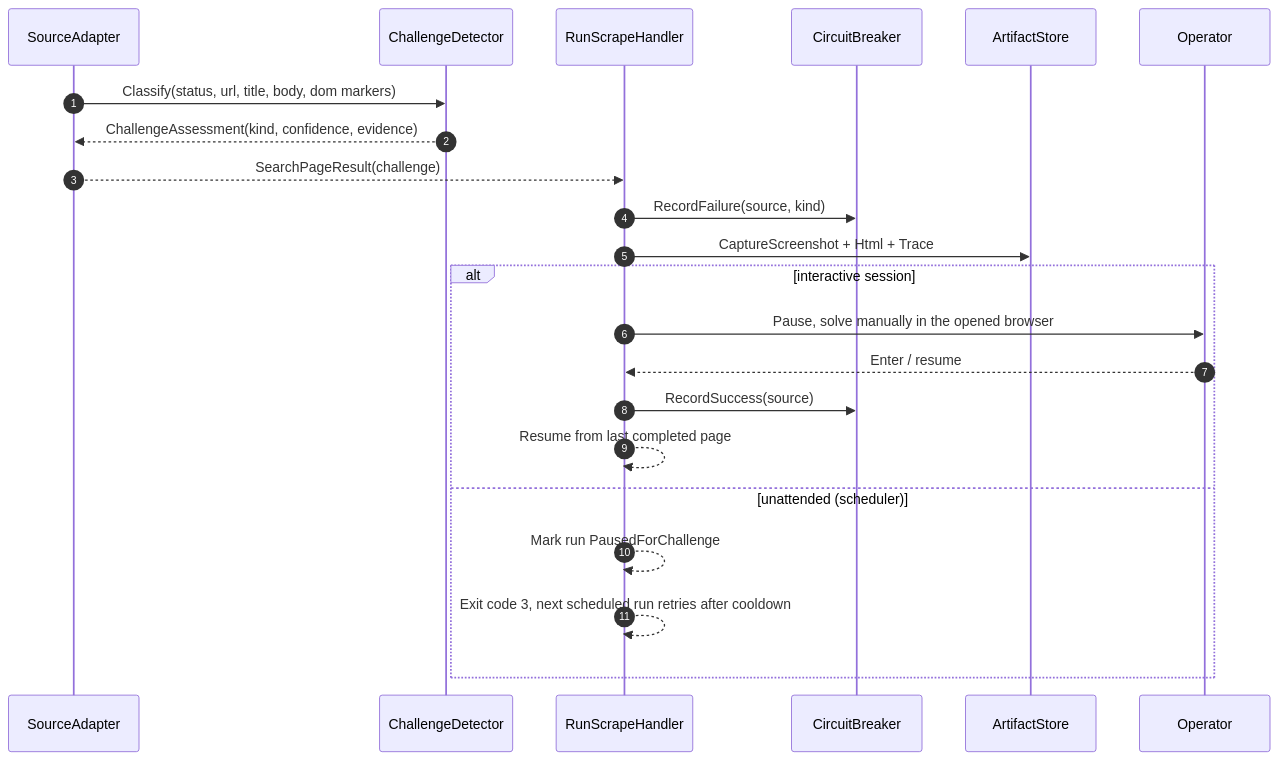
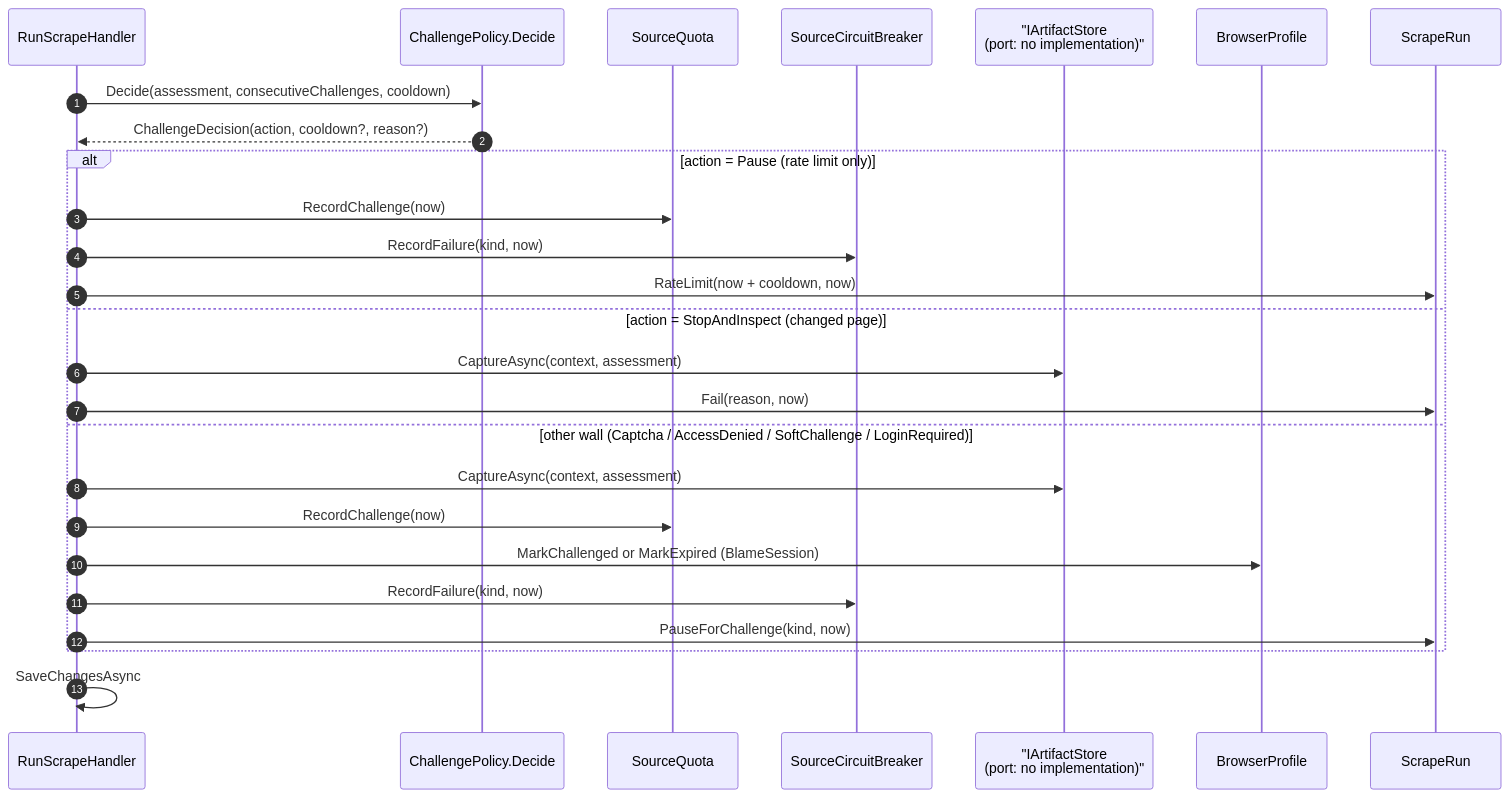
The seventh of 10 diagrams in docs/02-architecture.md (AslamNazeerShaikh/PlaywrightDotNet), drawn with Mermaid before and after one commit. The commit also changed other lines of this file and 3 other files, not shown here.

First line of the commit message:
docs: ground architecture docs in the implemented codebase with verified mermaid

````diff
--- a/docs/02-architecture.md
+++ b/docs/02-architecture.md
@@ -271,25 +358,29 @@
 ```mermaid
 sequenceDiagram
     autonumber
-    participant SRC as SourceAdapter
-    participant CD as ChallengeDetector
     participant H as RunScrapeHandler
-    participant CB as CircuitBreaker
-    participant ART as ArtifactStore
-    participant OP as Operator
+    participant POL as ChallengePolicy.Decide
+    participant Q as SourceQuota
+    participant CIR as SourceCircuitBreaker
+    participant ART as "IArtifactStore<br/>(port: no implementation)"
+    participant BR as BrowserProfile
+    participant R as ScrapeRun
 
-    SRC->>CD: Classify(status, url, title, body, dom markers)
-    CD-->>SRC: ChallengeAssessment(kind, confidence, evidence)
-    SRC-->>H: SearchPageResult(challenge)
-    H->>CB: RecordFailure(source, kind)
-    H->>ART: CaptureScreenshot + Html + Trace
-    alt interactive session
-        H->>OP: Pause, solve manually in the opened browser
-        OP-->>H: Enter / resume
-        H->>CB: RecordSuccess(source)
-        H-->>H: Resume from last completed page
-    else unattended (scheduler)
-        H-->>H: Mark run PausedForChallenge
-        H-->>H: Exit code 3, next scheduled run retries after cooldown
+    H->>POL: Decide(assessment, consecutiveChallenges, cooldown)
+    POL-->>H: ChallengeDecision(action, cooldown?, reason?)
+    alt action = Pause (rate limit only)
+        H->>Q: RecordChallenge(now)
+        H->>CIR: RecordFailure(kind, now)
+        H->>R: RateLimit(now + cooldown, now)
+    else action = StopAndInspect (changed page)
+        H->>ART: CaptureAsync(context, assessment)
+        H->>R: Fail(reason, now)
+    else other wall (Captcha / AccessDenied / SoftChallenge / LoginRequired)
+        H->>ART: CaptureAsync(context, assessment)
+        H->>Q: RecordChallenge(now)
+        H->>BR: MarkChallenged or MarkExpired (BlameSession)
+        H->>CIR: RecordFailure(kind, now)
+        H->>R: PauseForChallenge(kind, now)
     end
+    H->>H: SaveChangesAsync
 ```
````
